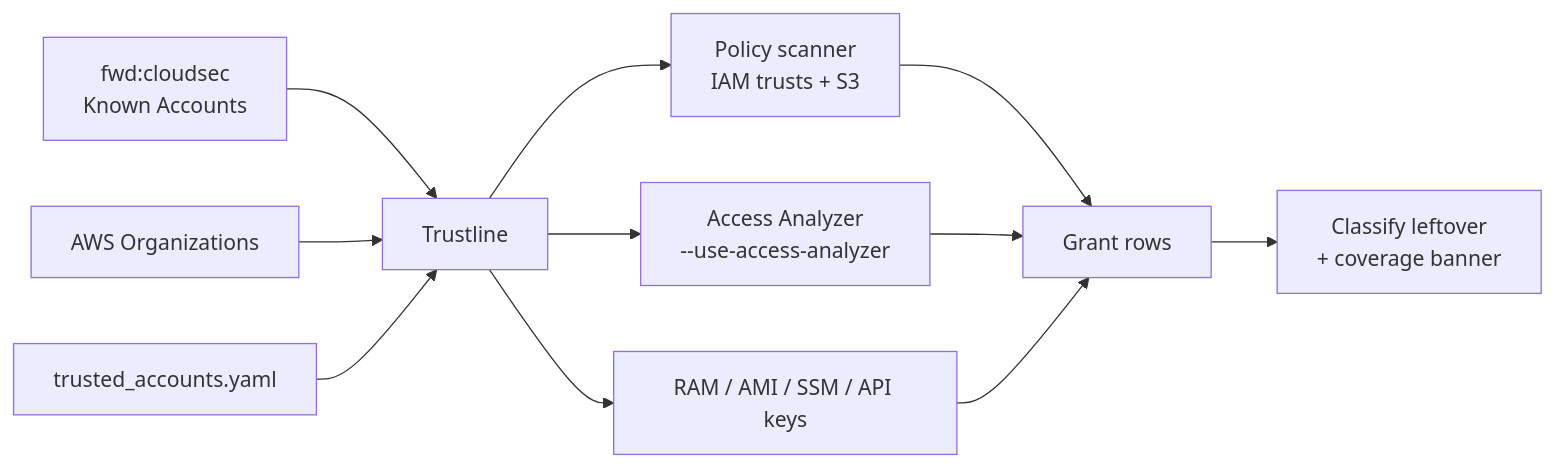
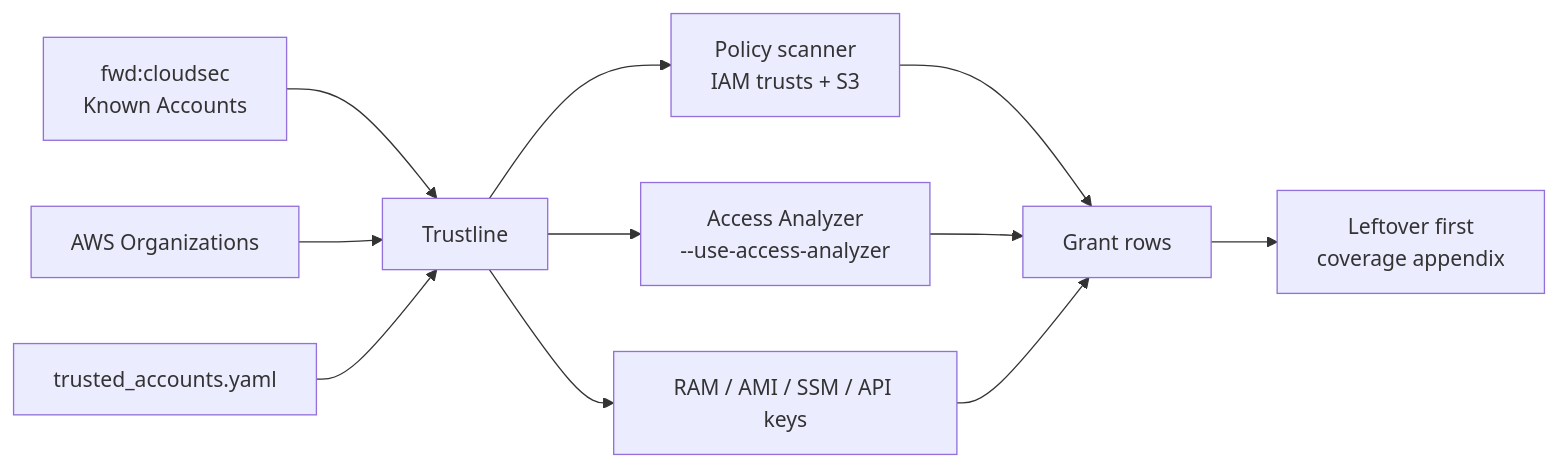
The diagram in README.md (zoph-io/aws-trustline), drawn with Mermaid before and after one commit. The commit also changed other lines of this file and 1 other file, not shown here.

First line of the commit message:
ui: lead reports with leftover, not coverage tables

````diff
--- a/README.md
+++ b/README.md
@@ -23,13 +23,13 @@
 ```mermaid
 flowchart LR
     A["fwd:cloudsec<br/>Known Accounts"] --> D[Trustline]
     B[AWS Organizations] --> D
     C[trusted_accounts.yaml] --> D
     D --> P["Policy scanner<br/>IAM trusts + S3"]
     D --> AA["Access Analyzer<br/>--use-access-analyzer"]
     D --> X["RAM / AMI / SSM / API keys"]
     P --> G["Grant rows"]
     AA --> G
     X --> G
-    G --> R["Classify leftover<br/>+ coverage banner"]
+    G --> R["Leftover first<br/>coverage appendix"]
 ```
````
